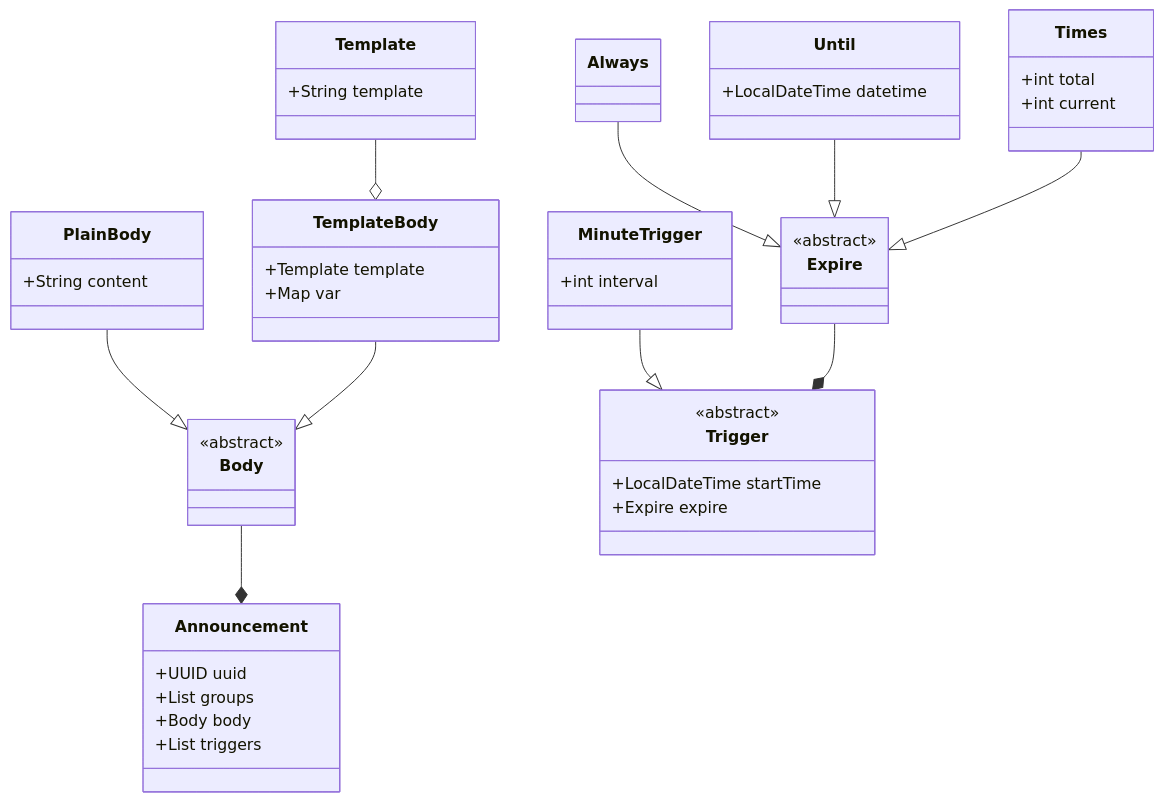
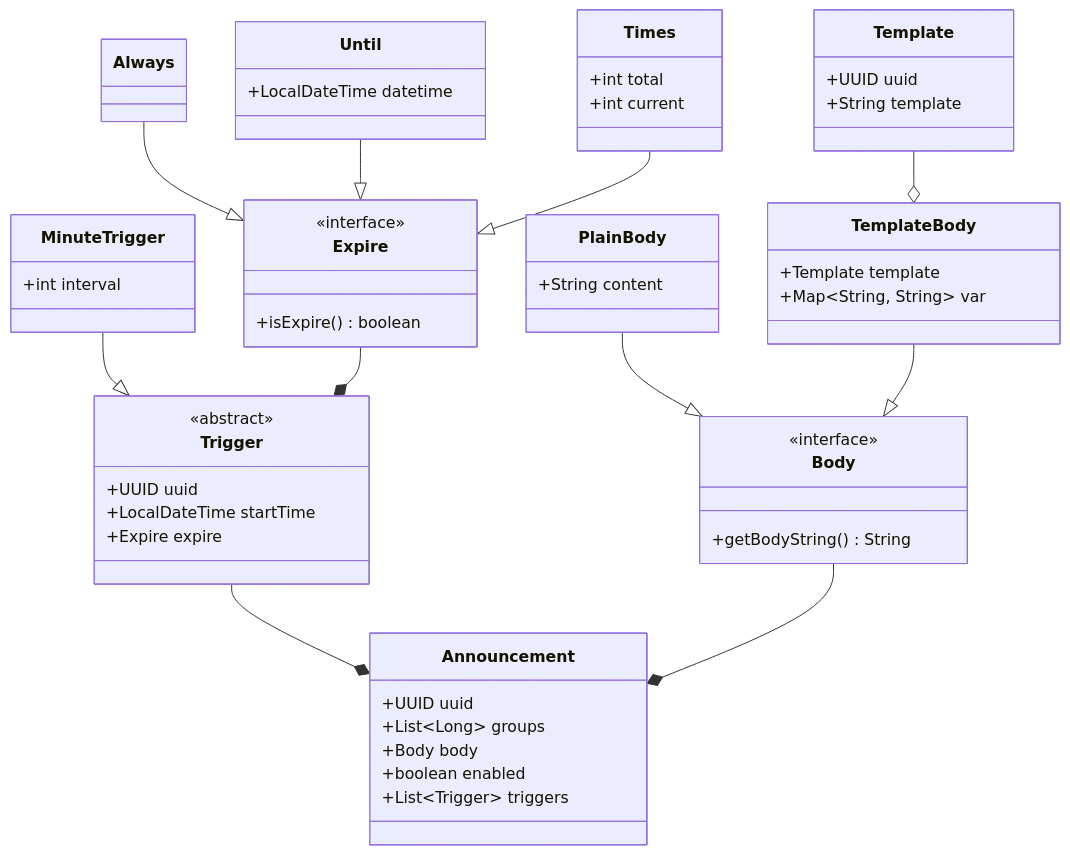
The first of 3 diagrams in docs/class-diagram.md (nanoyou/MaidNana), drawn with Mermaid before and after one commit. The commit also changed other lines of this file, not shown here.

First line of the commit message:
doc: 修改类图文档

````diff
--- a/docs/class-diagram.md
+++ b/docs/class-diagram.md
@@ -3,52 +3,58 @@
 ```mermaid
 classDiagram
 class Body {
-    <<abstract>>    
+    <<interface>>    
+    +getBodyString() String
 }
 class PlainBody {
     +String content
 }
 PlainBody --|> Body
 class Template {
+    +UUID uuid
     +String template
 }
 class TemplateBody {
     +Template template
-    +Map<String, String> var
+    +Map~String, String~ var
 }
 Template --o TemplateBody
 TemplateBody --|> Body
 class Expire {
-    <<abstract>>
+    <<interface>>
+    +isExpire() boolean
 }
 class Always {
     
 }
 Always --|> Expire
 class Until {
     +LocalDateTime datetime
 }
 Until --|> Expire
 class Times {
     +int total
     +int current
 }
 Times --|> Expire
 class Trigger {
     <<abstract>>
+    +UUID uuid
     +LocalDateTime startTime
     +Expire expire
 }
 class MinuteTrigger {
     +int interval
 }
 MinuteTrigger --|> Trigger
 Expire --* Trigger
 class Announcement {
     +UUID uuid
-    +List<Long> groups
+    +List~Long~ groups
     +Body body
-    +List<Trigger> triggers
+    +boolean enabled
+    +List~Trigger~ triggers
 }
+Trigger --* Announcement
 Body --* Announcement
 ```
````
